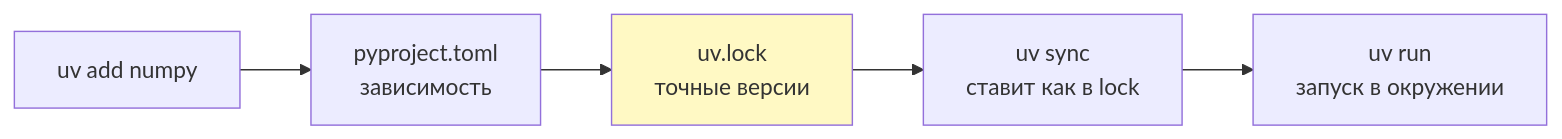
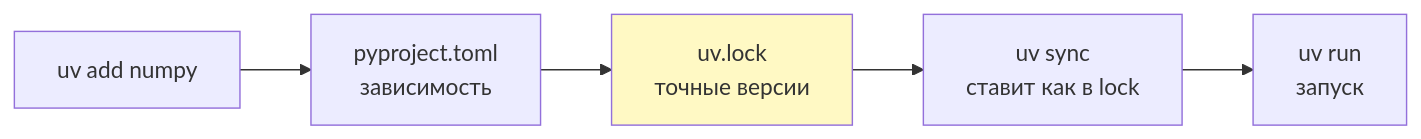
Before and after one commit to JayStorm228/College: the second of 3 diagrams in 02_Курсы/01. Инженерные практики Python/01_Лекции/11. Сторонние библиотеки.md, drawn with Mermaid. The commit also changed other lines of this file and 7 other files, not shown here.

First line of the commit message:
инженерка 09,11-17: перепись разжёвано + диаграммы

````diff
--- a/02_Курсы/01. Инженерные практики Python/01_Лекции/11. Сторонние библиотеки.md
+++ b/02_Курсы/01. Инженерные практики Python/01_Лекции/11. Сторонние библиотеки.md
@@ -59,8 +59,8 @@
 ```mermaid
 flowchart LR
   A[uv add numpy] --> B[pyproject.toml<br>зависимость]
   B --> C[uv.lock<br>точные версии]
   C --> D[uv sync<br>ставит как в lock]
-  D --> E[uv run<br>запуск в окружении]
+  D --> E[uv run<br>запуск]
   style C fill:#fff9c4
 ```
````
